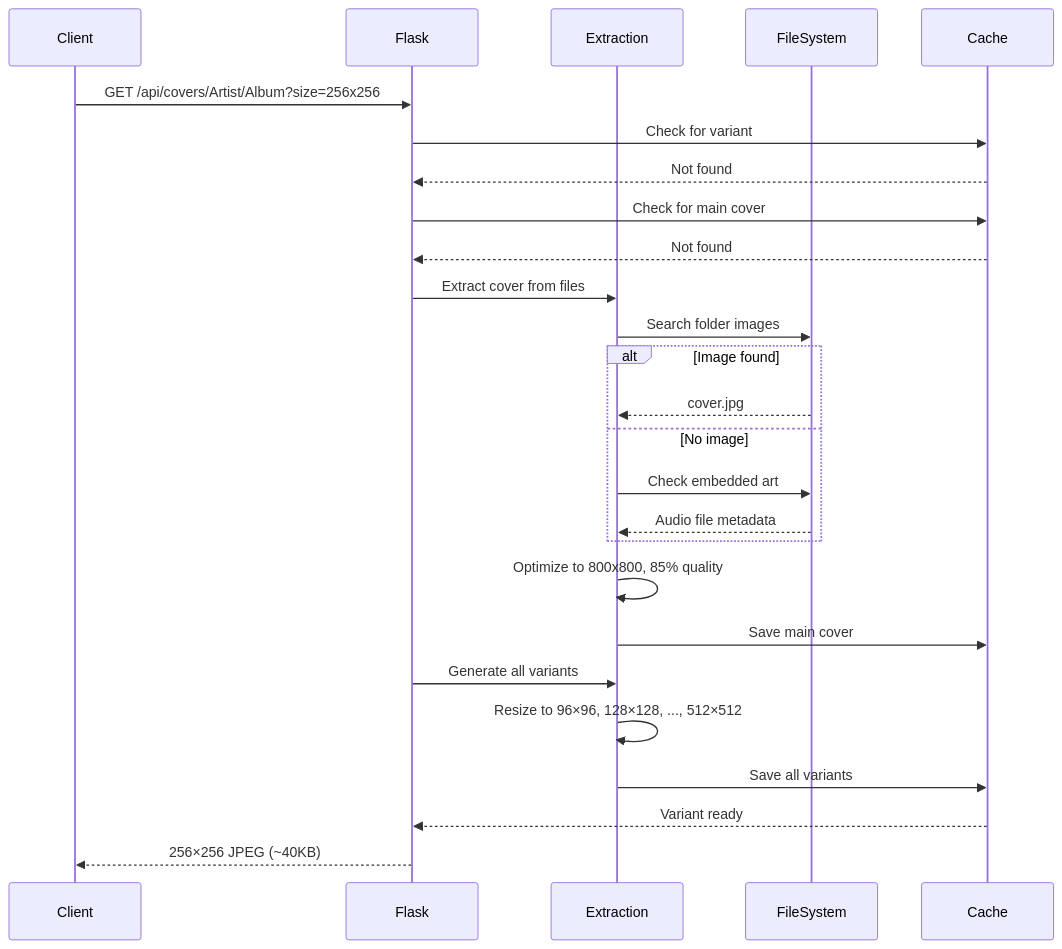
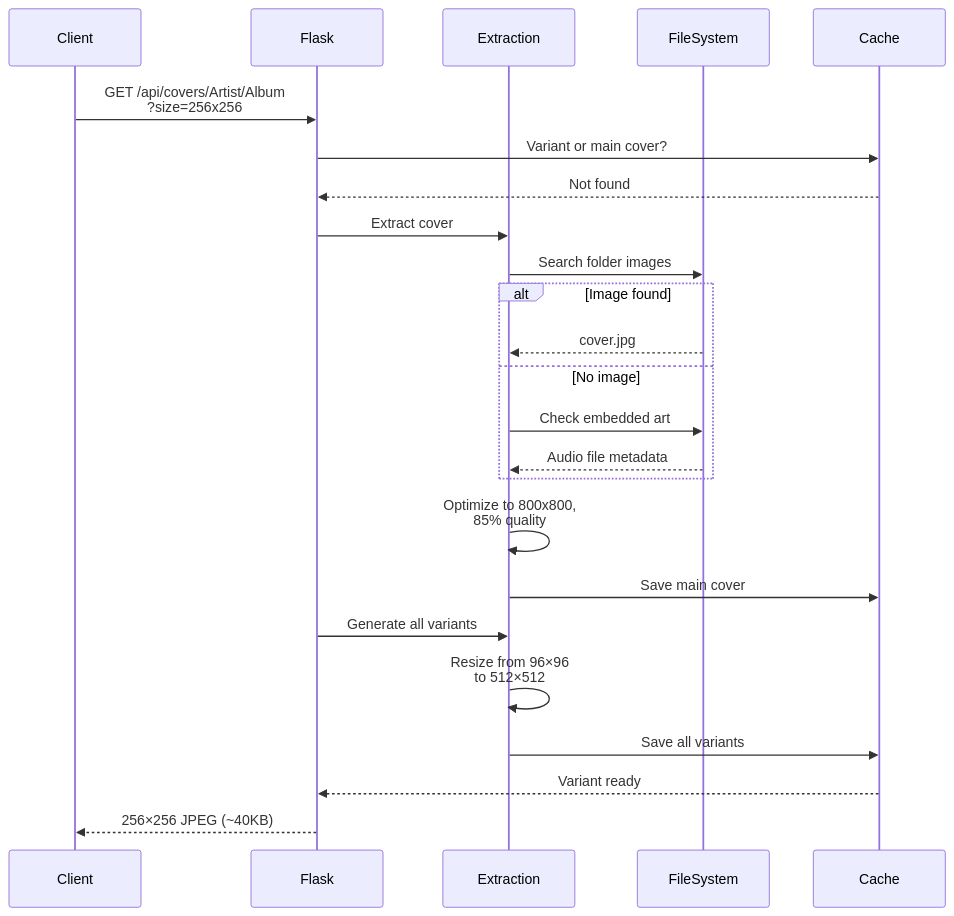
The second of 3 diagrams in docs/development/media-assets/cover-art/overview.md (mark-me/mixtape-society), drawn with Mermaid before and after one commit. The commit also changed 19 other files, not shown here.

First line of the commit message:
Simplify unreadable diagrams and correct small errors in the docs

````diff
--- a/docs/development/media-assets/cover-art/overview.md
+++ b/docs/development/media-assets/cover-art/overview.md
@@ -133,29 +133,27 @@
 ```mermaid
 sequenceDiagram
     participant Client
     participant Flask
     participant Extraction
-    participant FileSystem
+    participant FS as FileSystem
     participant Cache
 
-    Client->>Flask: GET /api/covers/Artist/Album?size=256x256
-    Flask->>Cache: Check for variant
+    Client->>Flask: GET /api/covers/Artist/Album<br/>?size=256x256
+    Flask->>Cache: Variant or main cover?
     Cache-->>Flask: Not found
-    Flask->>Cache: Check for main cover
-    Cache-->>Flask: Not found
-    Flask->>Extraction: Extract cover from files
-    Extraction->>FileSystem: Search folder images
+    Flask->>Extraction: Extract cover
+    Extraction->>FS: Search folder images
     alt Image found
-        FileSystem-->>Extraction: cover.jpg
+        FS-->>Extraction: cover.jpg
     else No image
-        Extraction->>FileSystem: Check embedded art
-        FileSystem-->>Extraction: Audio file metadata
+        Extraction->>FS: Check embedded art
+        FS-->>Extraction: Audio file metadata
     end
-    Extraction->>Extraction: Optimize to 800x800, 85% quality
+    Extraction->>Extraction: Optimize to 800x800,<br/>85% quality
     Extraction->>Cache: Save main cover
     Flask->>Extraction: Generate all variants
-    Extraction->>Extraction: Resize to 96×96, 128×128, ..., 512×512
+    Extraction->>Extraction: Resize from 96×96<br/>to 512×512
     Extraction->>Cache: Save all variants
     Cache-->>Flask: Variant ready
     Flask-->>Client: 256×256 JPEG (~40KB)
 ```
````
